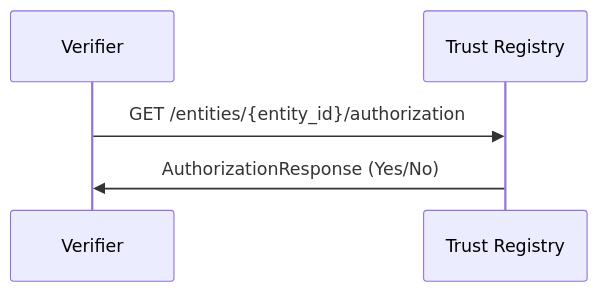
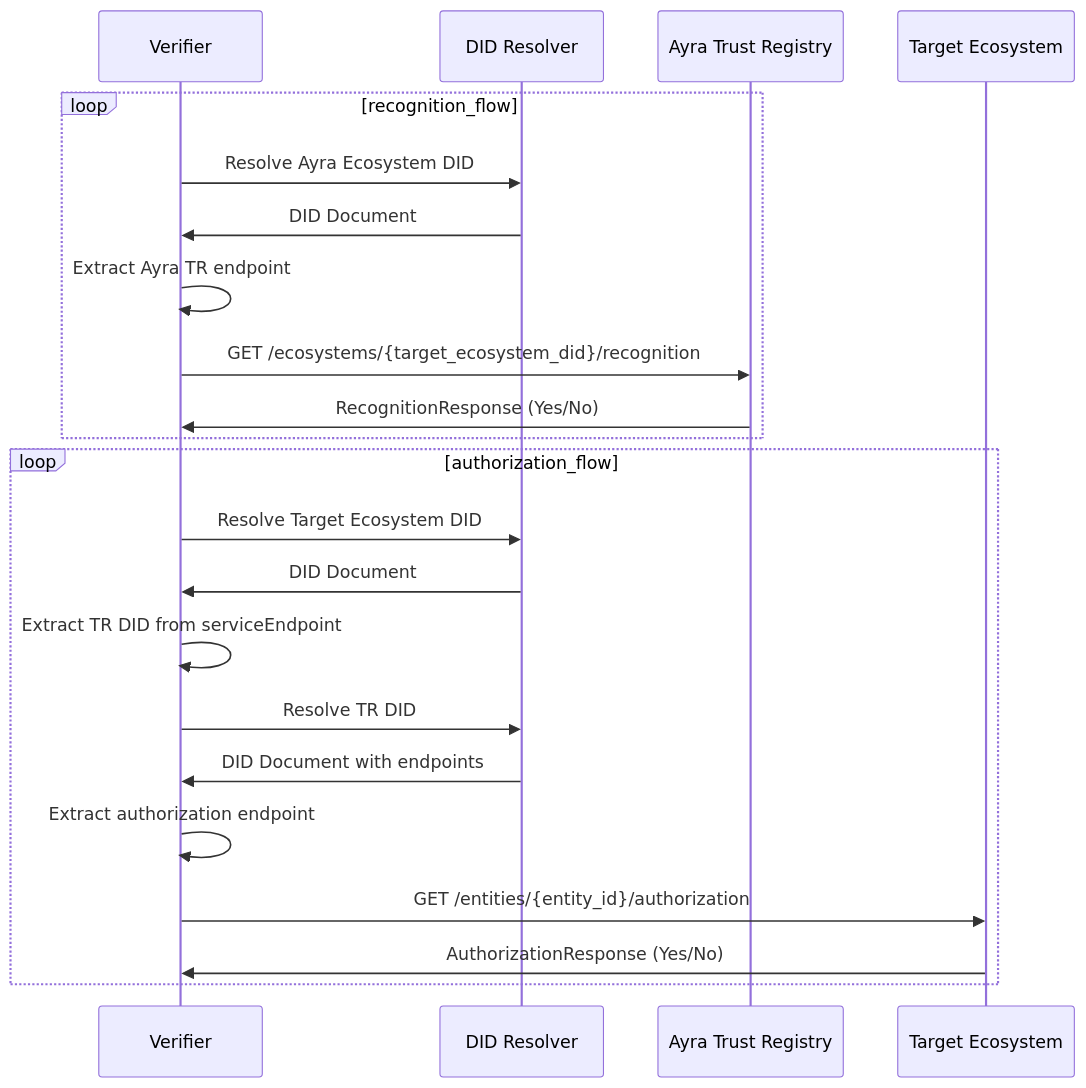
Before and after one commit to ayraforum/ayra-trust-registry-resources: the third of 3 diagrams in guides/implementers_guide.md, drawn with Mermaid. The commit also changed other lines of this file, not shown here.

````diff
--- a/guides/implementers_guide.md
+++ b/guides/implementers_guide.md
@@ -165,7 +176,31 @@
 ```mermaid
 sequenceDiagram
-    participant Verifier
-    participant SimpleTR as Trust Registry
-    Verifier->>SimpleTR: GET /entities/{entity_id}/authorization
-    SimpleTR->>Verifier: AuthorizationResponse (Yes/No)
+   participant Verifier
+   participant DIDRes as DID Resolver
+   participant AyraEco as Ayra Trust Registry
+   participant TargetEco as Target Ecosystem
+   
+   %% Recognition Flow
+   loop recognition_flow
+   Verifier->>DIDRes: Resolve Ayra Ecosystem DID
+   DIDRes->>Verifier: DID Document
+   Verifier->>Verifier: Extract Ayra TR endpoint
+   
+   Verifier->>AyraEco: GET /ecosystems/{target_ecosystem_did}/recognition
+   AyraEco->>Verifier: RecognitionResponse (Yes/No)
+   end
+   
+   %% Authorization Flow
+   loop authorization_flow
+   Verifier->>DIDRes: Resolve Target Ecosystem DID
+   DIDRes->>Verifier: DID Document
+   Verifier->>Verifier: Extract TR DID from serviceEndpoint
+   
+   Verifier->>DIDRes: Resolve TR DID
+   DIDRes->>Verifier: DID Document with endpoints
+   Verifier->>Verifier: Extract authorization endpoint
+   
+   Verifier->>TargetEco: GET /entities/{entity_id}/authorization
+   TargetEco->>Verifier: AuthorizationResponse (Yes/No)
+   end
 ```
````
